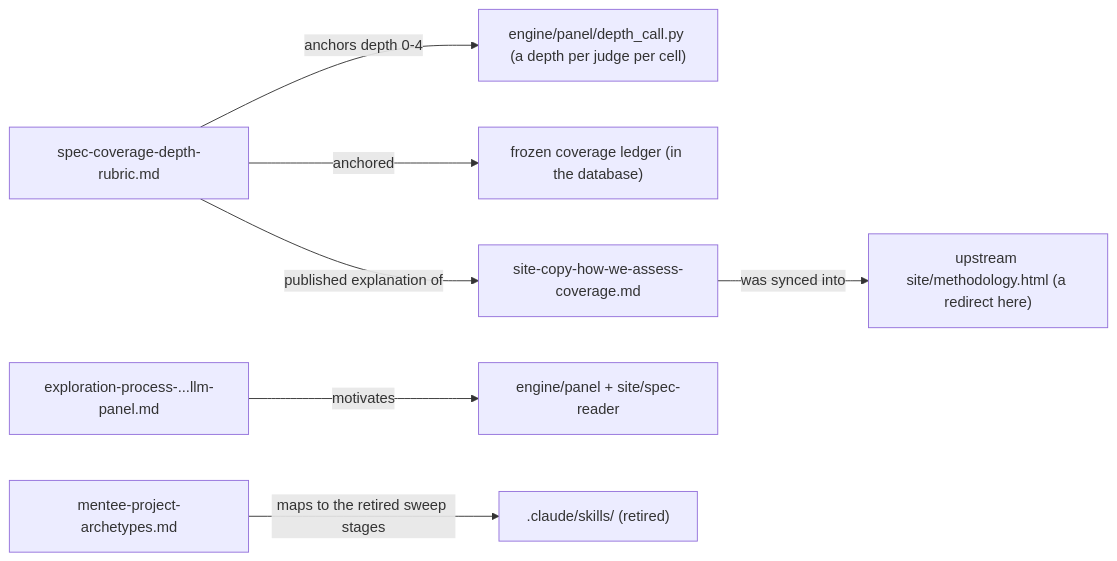
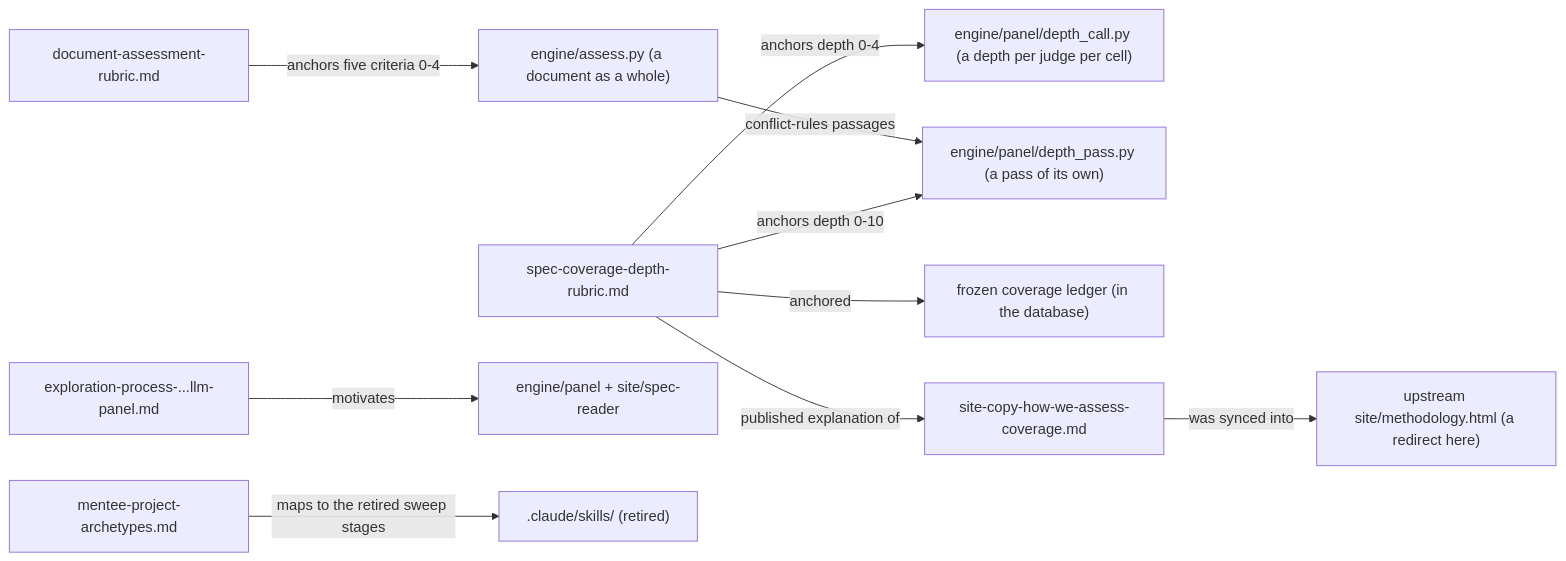
The diagram in methodology/OVERVIEW.md (polariscollective/ai-character-index), drawn with Mermaid before and after one commit. The commit also changed other lines of this file and 1 other file, not shown here.

First line of the commit message:
docs: write the rubric for a document as a whole

````diff
--- a/methodology/OVERVIEW.md
+++ b/methodology/OVERVIEW.md
@@ -20,9 +21,12 @@
 ```mermaid
 graph LR
   RUBRIC["spec-coverage-depth-rubric.md"] -->|anchors depth 0-4| DEPTH["engine/panel/depth_call.py (a depth per judge per cell)"]
+  RUBRIC -->|anchors depth 0-10| DEPTHTEN["engine/panel/depth_pass.py (a pass of its own)"]
+  ASSESS["document-assessment-rubric.md"] -->|anchors five criteria 0-4| ASSESSPY["engine/assess.py (a document as a whole)"]
+  ASSESSPY -->|conflict-rules passages| DEPTHTEN
   RUBRIC -->|anchored| LEDGER["frozen coverage ledger (in the database)"]
   SITECOPY["site-copy-how-we-assess-coverage.md"] -->|was synced into| METHOD["upstream site/methodology.html (a redirect here)"]
   RUBRIC -->|published explanation of| SITECOPY
   EXPLORE["exploration-process-...llm-panel.md"] -->|motivates| PANEL["engine/panel + site/spec-reader"]
   MENTEE["mentee-project-archetypes.md"] -->|maps to the retired sweep stages| SKILLS[".claude/skills/ (retired)"]
 ```
````
